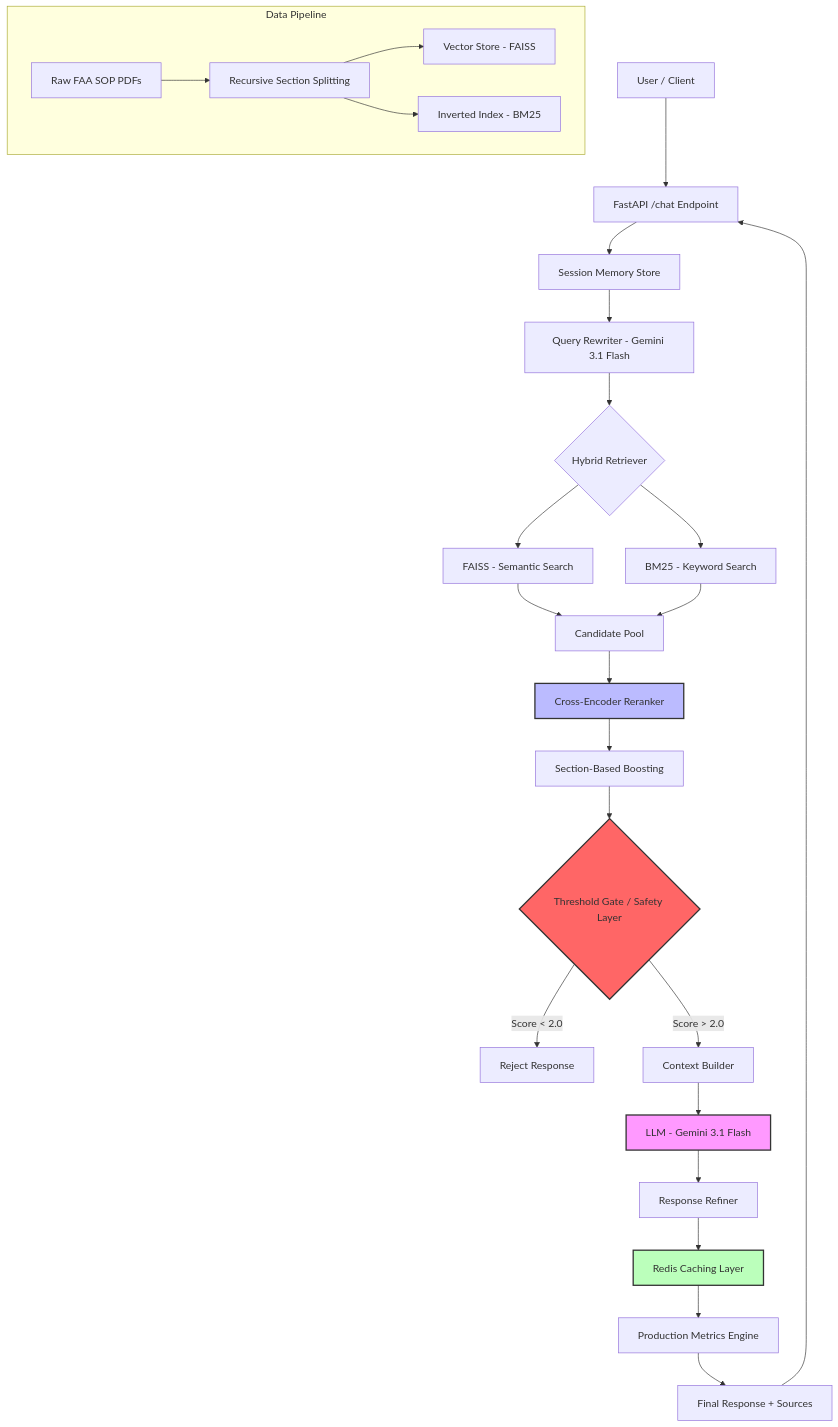
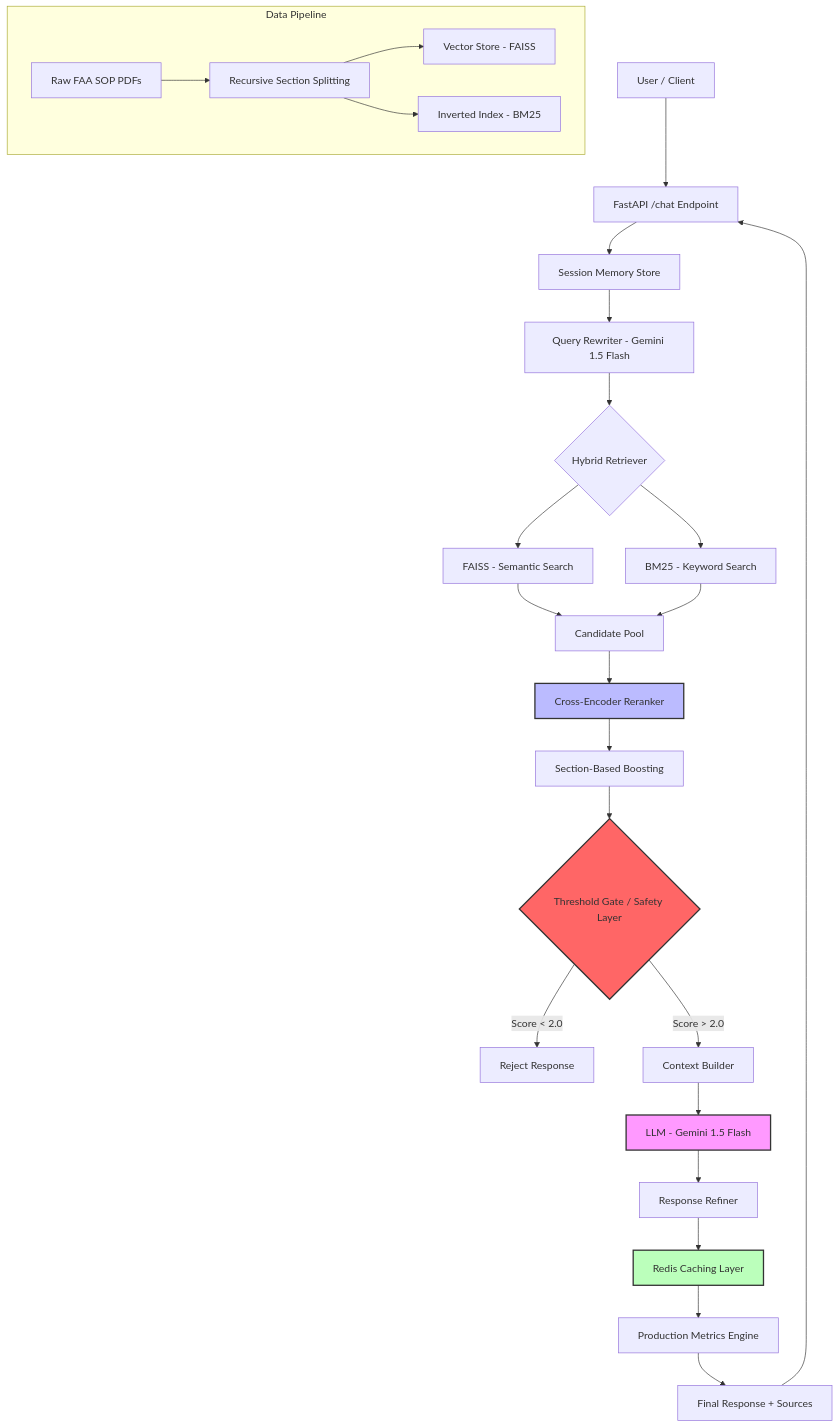
One commit to zeeshan2423/aviation-rag changed the diagram in docs/SYSTEM_DESIGN.md. Above: the diagram before and after it, drawn with Mermaid. The commit also changed other lines of this file and 1 other file, not shown here.

````diff
--- a/docs/SYSTEM_DESIGN.md
+++ b/docs/SYSTEM_DESIGN.md
@@ -11,46 +11,46 @@
 ```mermaid
 flowchart TD
     A[User / Client] --> B[FastAPI /chat Endpoint]
 
     B --> C[Session Memory Store]
-    C --> D[Query Rewriter - Gemini 3.1 Flash]
+    C --> D[Query Rewriter - Gemini 1.5 Flash]
 
     D --> E{Hybrid Retriever}
     E --> E1[FAISS - Semantic Search]
     E --> E2[BM25 - Keyword Search]
 
     E1 --> F[Candidate Pool]
     E2 --> F
 
     F --> G[Cross-Encoder Reranker]
     G --> H[Section-Based Boosting]
 
     H --> I{Threshold Gate / Safety Layer}
     I -- Score < 2.0 --> J[Reject Response]
     I -- Score > 2.0 --> K[Context Builder]
 
-    K --> L[LLM - Gemini 3.1 Flash]
+    K --> L[LLM - Gemini 1.5 Flash]
     L --> M[Response Refiner]
 
     M --> N[Redis Caching Layer]
     N --> O[Production Metrics Engine]
     O --> P[Final Response + Sources]
 
     P --> B
 
     subgraph Data Pipeline
         Q[Raw FAA SOP PDFs]
         R[Recursive Section Splitting]
         S[Vector Store - FAISS]
         T[Inverted Index - BM25]
     end
 
     Q --> R
     R --> S
     R --> T
 
     style L fill:#f9f,stroke:#333,stroke-width:2px
     style G fill:#bbf,stroke:#333,stroke-width:2px
     style N fill:#bfb,stroke:#333,stroke-width:2px
     style I fill:#f66,stroke:#333,stroke-width:2px
 ```
````
